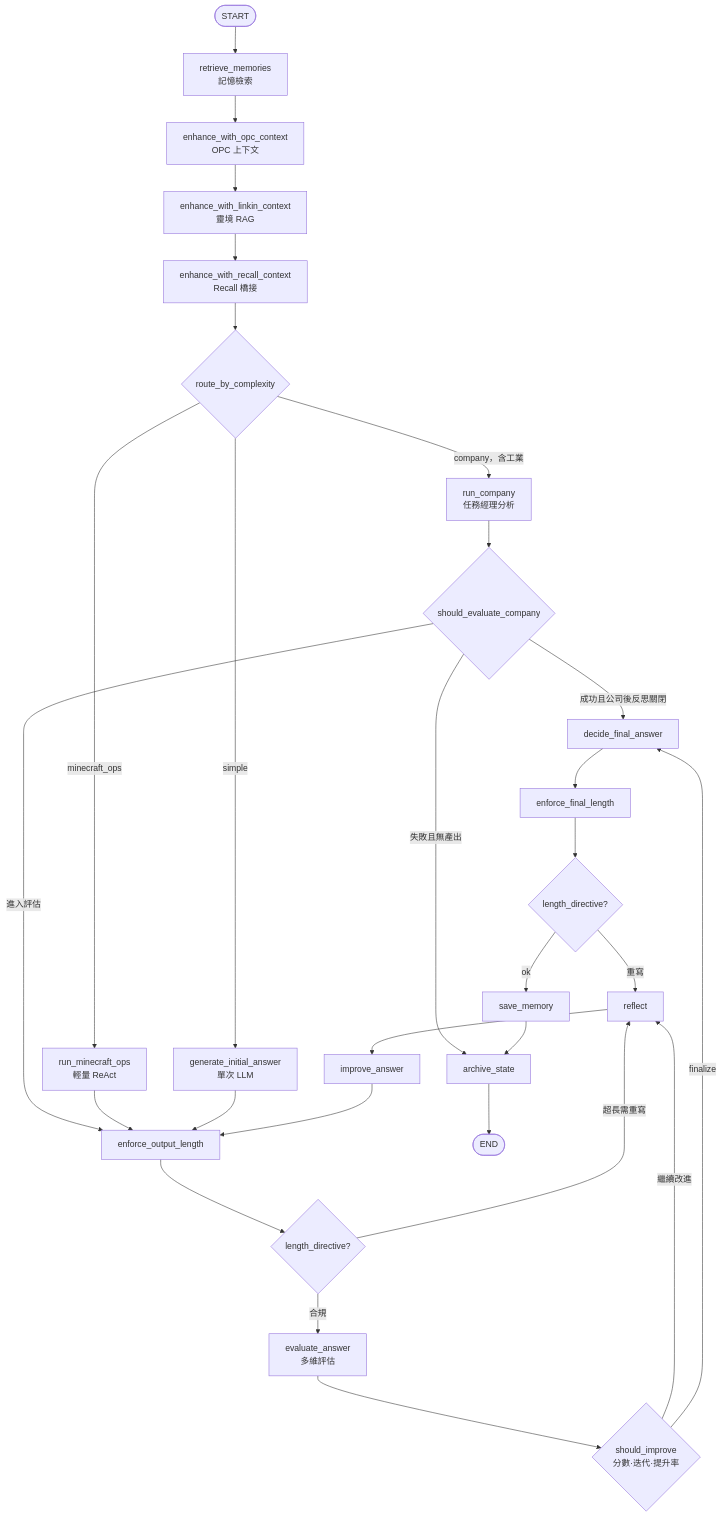
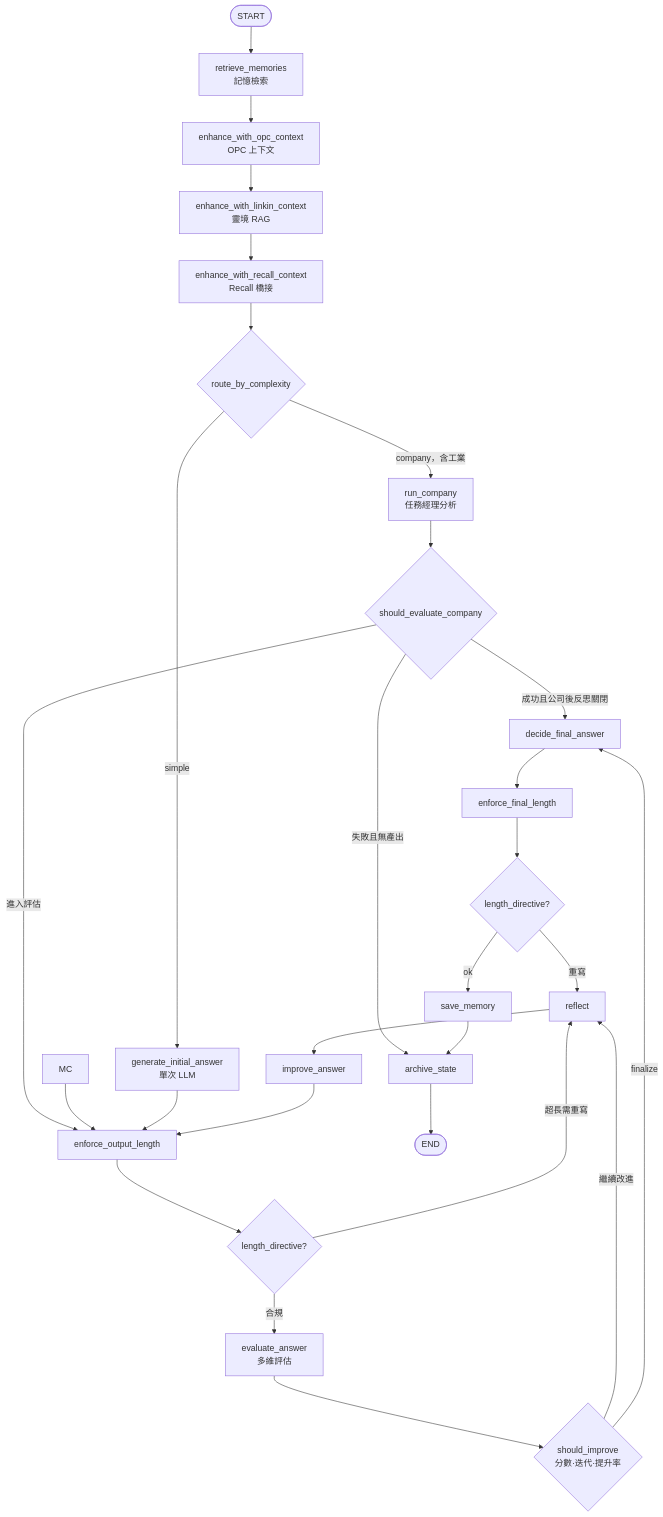
One commit to iiooiioo888/Linkin changed the fourth of 10 diagrams in docs/architecture/system-architecture-2026-09.md. Above: the diagram before and after it, drawn with Mermaid. The commit also changed other lines of this file and 26 other files, not shown here.

````diff
--- a/docs/architecture/system-architecture-2026-09.md
+++ b/docs/architecture/system-architecture-2026-09.md
@@ -155,38 +154,37 @@
 ```mermaid
 flowchart TD
     START([START]) --> RM[retrieve_memories<br/>記憶檢索]
     RM --> OPC_CTX[enhance_with_opc_context<br/>OPC 上下文]
     OPC_CTX --> LINKIN_CTX[enhance_with_linkin_context<br/>靈境 RAG]
     LINKIN_CTX --> RECALL[enhance_with_recall_context<br/>Recall 橋接]
     RECALL --> ROUTE{route_by_complexity}
 
     ROUTE -->|company，含工業| RC[run_company<br/>任務經理分析]
-    ROUTE -->|minecraft_ops| MC[run_minecraft_ops<br/>輕量 ReAct]
     ROUTE -->|simple| GEN[generate_initial_answer<br/>單次 LLM]
 
     RC --> SEC{should_evaluate_company}
     SEC -->|成功且公司後反思關閉| DEC
     SEC -->|進入評估| EOL[enforce_output_length]
     SEC -->|失敗且無產出| ARCH
 
     MC --> EOL
     GEN --> EOL
 
     EOL --> LEN{length_directive?}
     LEN -->|超長需重寫| REFL
     LEN -->|合規| EVAL[evaluate_answer<br/>多維評估]
 
     EVAL --> IMP{should_improve<br/>分數·迭代·提升率}
     IMP -->|繼續改進| REFL[reflect]
     IMP -->|finalize| DEC[decide_final_answer]
 
     REFL --> IMPR[improve_answer]
     IMPR --> EOL
 
     DEC --> EFL[enforce_final_length]
     EFL --> LEN2{length_directive?}
     LEN2 -->|重寫| REFL
     LEN2 -->|ok| SAVE[save_memory]
     SAVE --> ARCH[archive_state]
     ARCH --> END([END])
 ```
````
